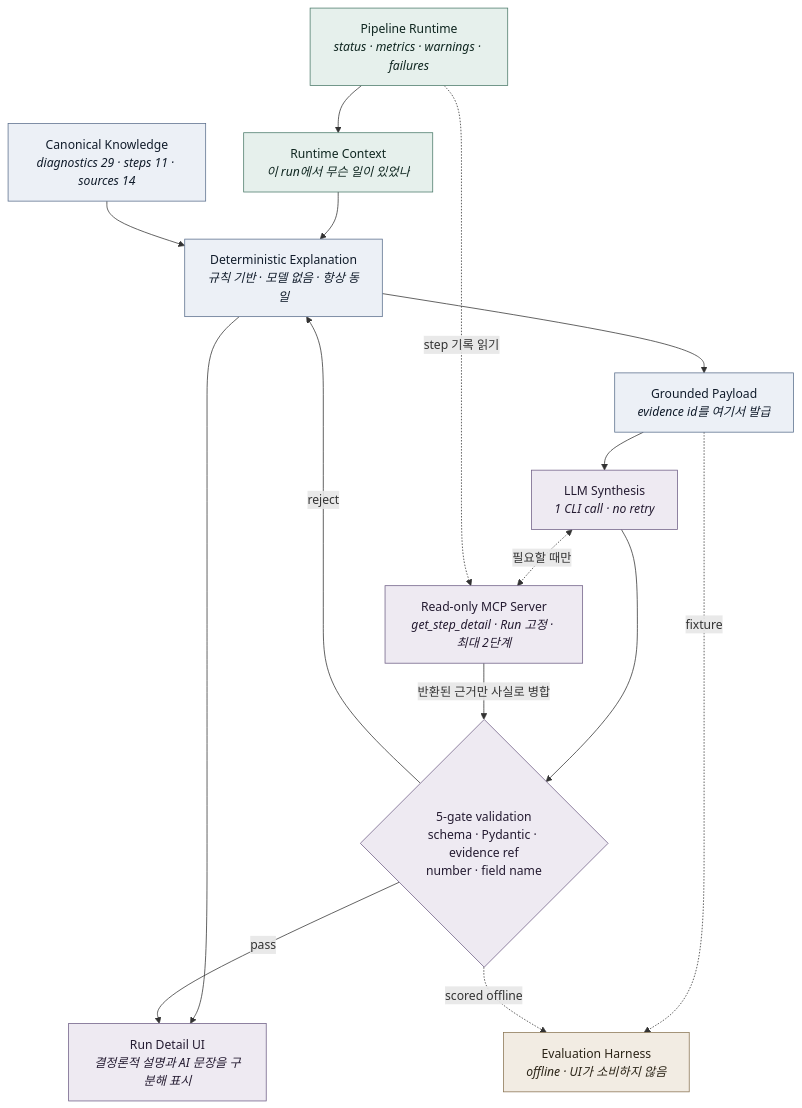
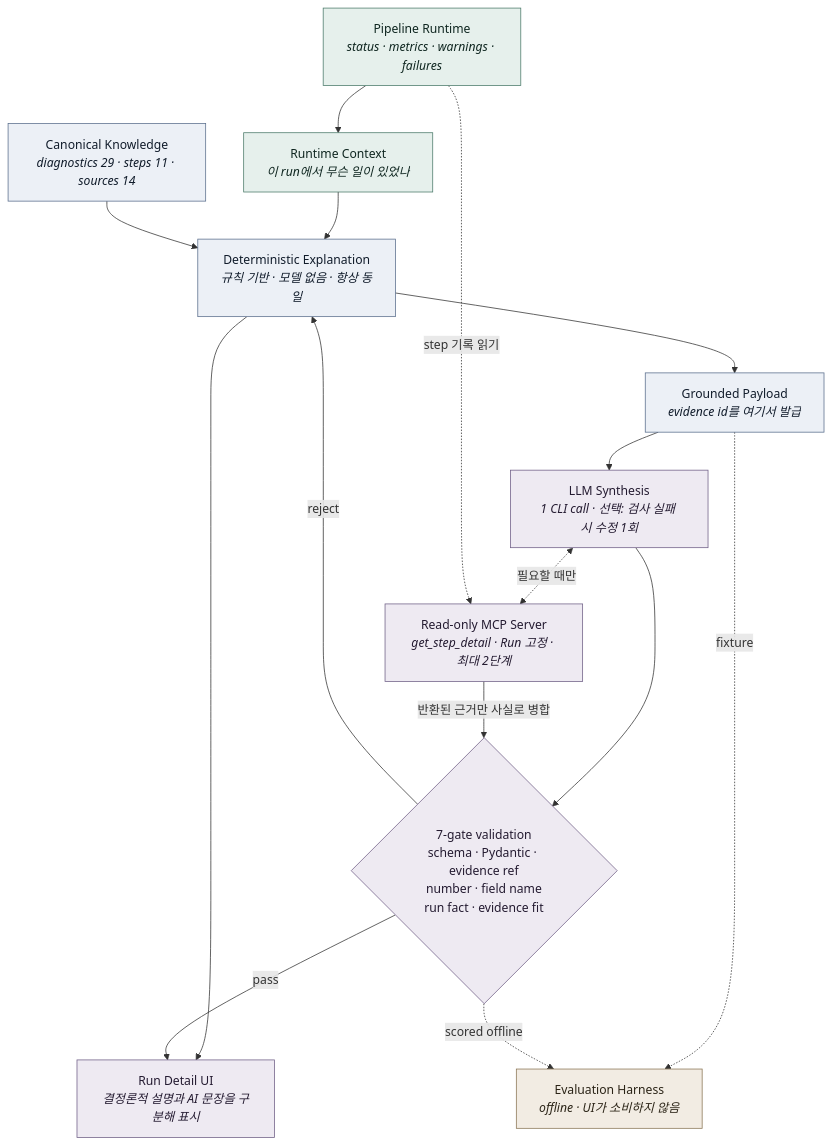
Before and after one commit to hgkim1598/wes-pipeline-web: the fourth of 4 diagrams in README.md, drawn with Mermaid. The commit also changed other lines of this file and 18 other files, not shown here.

````diff
--- a/README.md
+++ b/README.md
@@ -224,35 +224,35 @@
 ```mermaid
 flowchart TB
     RT["Pipeline Runtime<br/><i>status · metrics · warnings · failures</i>"]
     KN["Canonical Knowledge<br/><i>diagnostics 29 · steps 11 · sources 14</i>"]
 
     CTX["Runtime Context<br/><i>이 run에서 무슨 일이 있었나</i>"]
     DET["Deterministic Explanation<br/><i>규칙 기반 · 모델 없음 · 항상 동일</i>"]
     PAY["Grounded Payload<br/><i>evidence id를 여기서 발급</i>"]
-    LLM["LLM Synthesis<br/><i>1 CLI call · no retry</i>"]
+    LLM["LLM Synthesis<br/><i>1 CLI call · 선택: 검사 실패 시 수정 1회</i>"]
     MCP["Read-only MCP Server<br/><i>get_step_detail · Run 고정 · 최대 2단계</i>"]
-    GATE{"5-gate validation<br/>schema · Pydantic · evidence ref<br/>number · field name"}
+    GATE{"7-gate validation<br/>schema · Pydantic · evidence ref<br/>number · field name<br/>run fact · evidence fit"}
     UI["Run Detail UI<br/><i>결정론적 설명과 AI 문장을 구분해 표시</i>"]
     EV["Evaluation Harness<br/><i>offline · UI가 소비하지 않음</i>"]
 
     RT --> CTX --> DET
     KN --> DET
     DET --> UI
     DET --> PAY --> LLM --> GATE
     LLM <-.->|"필요할 때만"| MCP
     RT -.->|"step 기록 읽기"| MCP
     MCP -->|"반환된 근거만 사실로 병합"| GATE
     GATE -->|pass| UI
     GATE -->|reject| DET
     PAY -.fixture.-> EV
     GATE -.scored offline.-> EV
 
     classDef fact fill:#e6f0ec,stroke:#4b7a6a,color:#0f2620
     classDef know fill:#ecf0f6,stroke:#5a6e8c,color:#111c2b
     classDef ai   fill:#eeeaf2,stroke:#6f5f86,color:#241b31
     classDef ev   fill:#f2ece3,stroke:#8a7554,color:#2b2417
     class RT,CTX fact
     class KN,DET,PAY know
     class LLM,MCP,GATE,UI ai
     class EV ev
 ```
````
